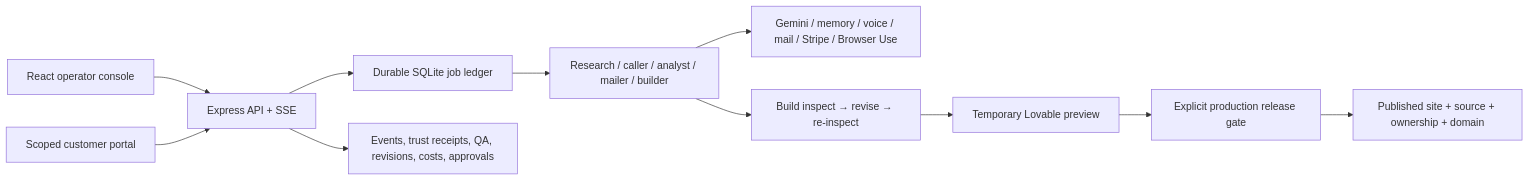
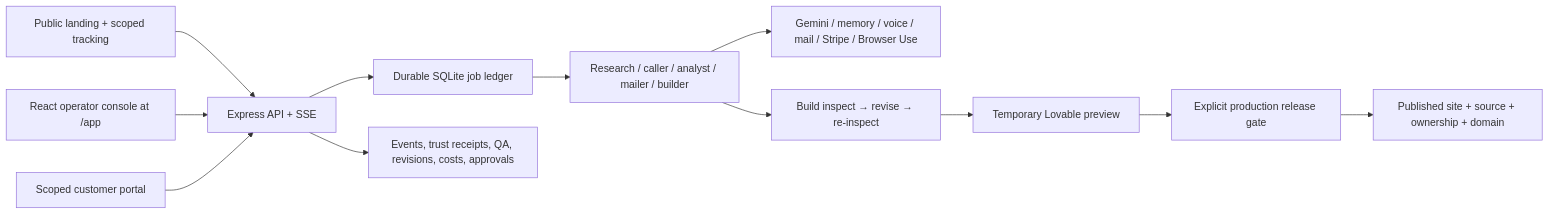
Before and after one commit to rishabhcli/callan: the first of 2 diagrams in docs/production-readiness-audit.md, drawn with Mermaid. The commit also changed other lines of this file and 25 other files, not shown here.

````diff
--- a/docs/production-readiness-audit.md
+++ b/docs/production-readiness-audit.md
@@ -33,13 +33,14 @@
 ```mermaid
 flowchart LR
-  UI["React operator console"] --> API["Express API + SSE"]
+  Public["Public landing + scoped tracking"] --> API["Express API + SSE"]
+  UI["React operator console at /app"] --> API
   Portal["Scoped customer portal"] --> API
   API --> Jobs["Durable SQLite job ledger"]
   Jobs --> Workers["Research / caller / analyst / mailer / builder"]
   Workers --> Providers["Gemini / memory / voice / mail / Stripe / Browser Use"]
   Workers --> QA["Build inspect → revise → re-inspect"]
   QA --> Preview["Temporary Lovable preview"]
   Preview --> Release["Explicit production release gate"]
   Release --> Final["Published site + source + ownership + domain"]
   API --> Ledger["Events, trust receipts, QA, revisions, costs, approvals"]
 ```
````
